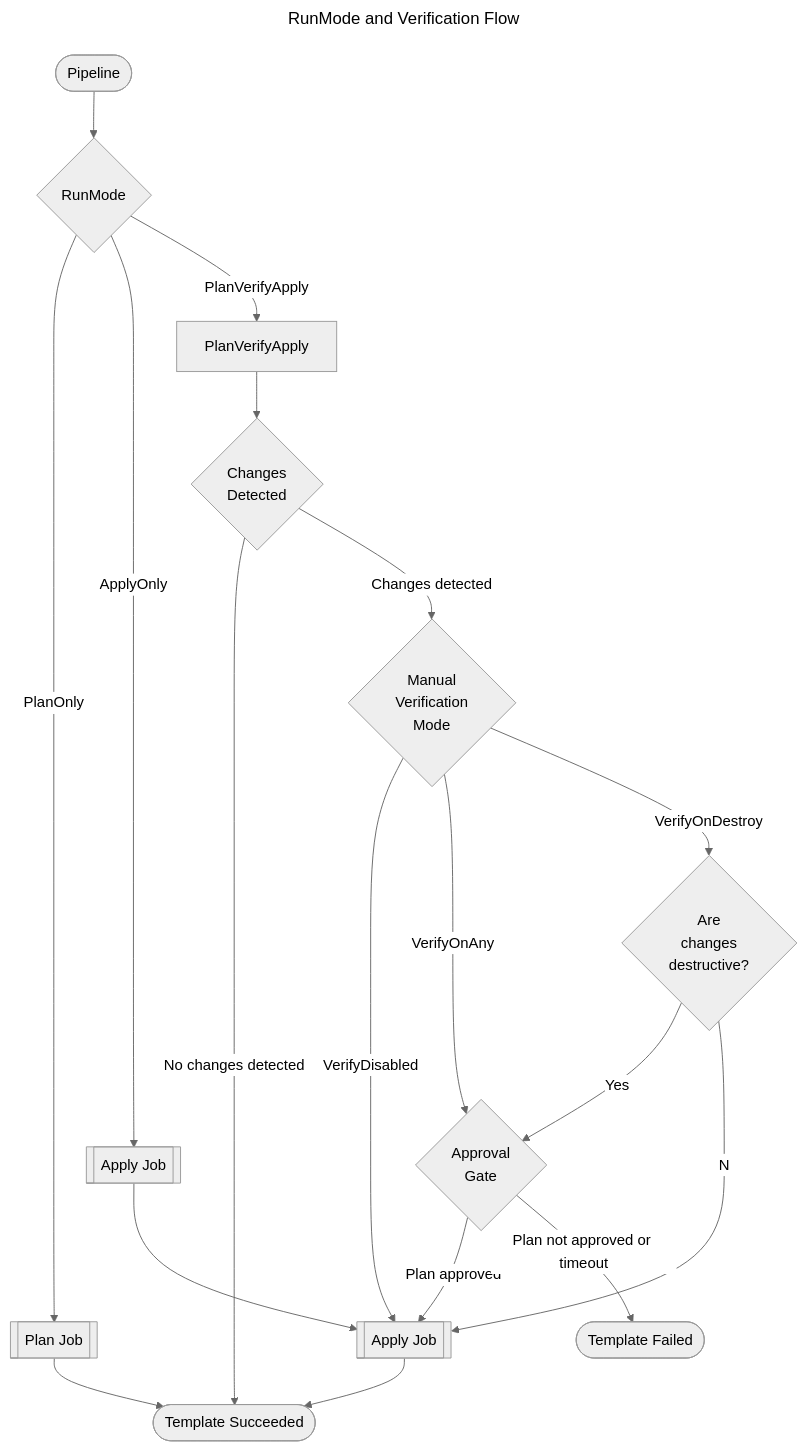
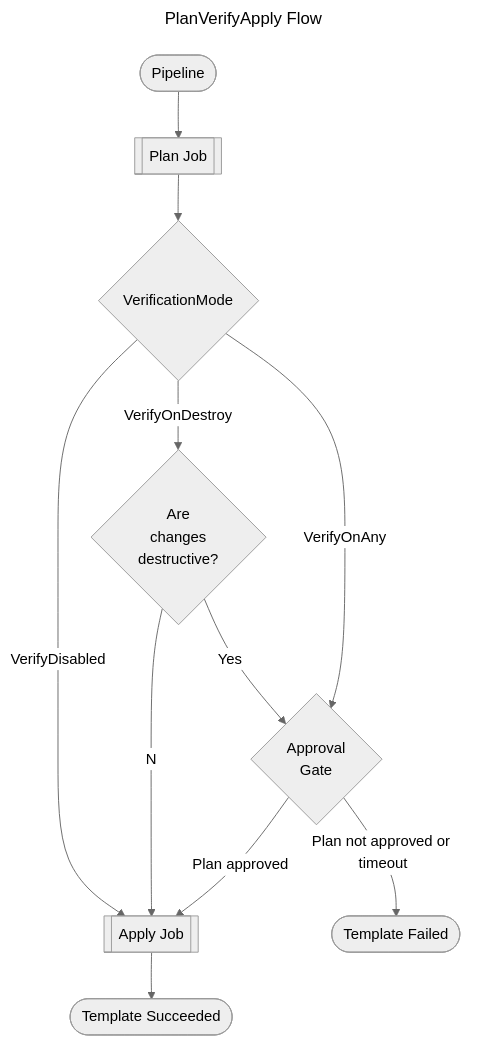
One commit to UKHO/devops-azdo-yaml-pipeline-templates changed the third of 3 diagrams in docs/user-docs/infrastructure_pipeline_manual_verification.md. Above: the diagram before and after it, drawn with Mermaid (neutral theme). The commit also changed other lines of this file, not shown here.

Commit message:
Update infrastructure_pipeline_manual_verification.md to clarify RunMode flows and job execution conditions

````diff
--- a/docs/user-docs/infrastructure_pipeline_manual_verification.md
+++ b/docs/user-docs/infrastructure_pipeline_manual_verification.md
@@ -25,38 +65,26 @@
 ```mermaid
 ---
-title: RunMode and Verification Flow
+title: PlanVerifyApply Flow
 ---
 flowchart TD
     pipeline([Pipeline])
-    runMode{RunMode}
-    planOnly[[Plan Job]]
-    applyOnly[[Apply Job]]
-    planVerifyApply[PlanVerifyApply]
-    changes{Changes<br>Detected}
-    mode{Manual<br>Verification<br>Mode}
+    plan[[Plan Job]]
+    mode{VerificationMode}
     gate{Approval<br>Gate}
     destroy{Are<br>changes<br>destructive?}
     apply[[Apply Job]]
     succeeded([Template Succeeded])
     failed([Template Failed])
 
-    pipeline-->runMode
-    runMode--PlanOnly-->planOnly
-    runMode--ApplyOnly-->applyOnly
-    runMode--PlanVerifyApply-->planVerifyApply
+    pipeline-->plan
+    plan-->mode
 
-    planOnly-->succeeded
-    applyOnly-->apply
-    planVerifyApply-->changes
-
-    changes--No changes detected-->succeeded
-    changes--Changes detected-->mode
     mode--VerifyDisabled-->apply
+    destroy--Yes-->gate
+    destroy--No-->apply
     mode--VerifyOnAny-->gate
     mode--VerifyOnDestroy-->destroy
-    destroy--Yes-->gate
-    destroy--No-->apply
     gate--Plan approved-->apply
     gate--Plan not approved or timeout-->failed
     apply-->succeeded
 ```
````
